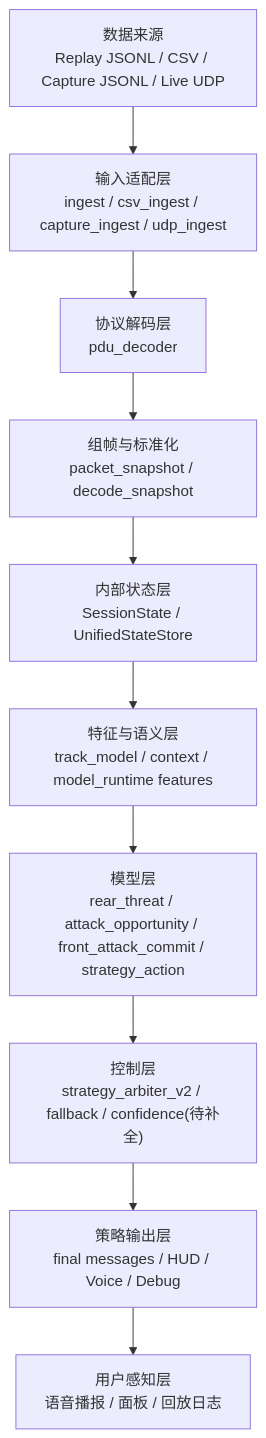
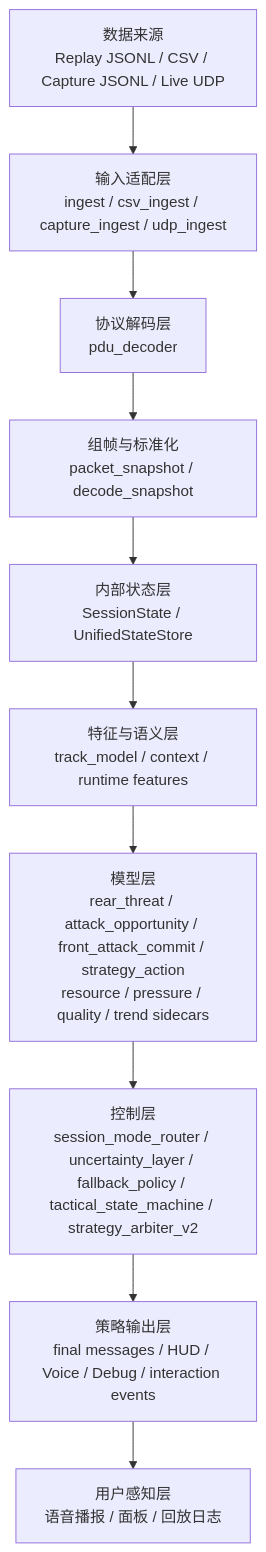
One commit to Sn55555/Asurada changed the first of 7 diagrams in asurada-core/CORE_WORKFLOW_CN.md. Above: the diagram before and after it, drawn with Mermaid. The commit also changed other lines of this file and 8 other files, not shown here.

````diff
--- a/asurada-core/CORE_WORKFLOW_CN.md
+++ b/asurada-core/CORE_WORKFLOW_CN.md
@@ -9,12 +9,12 @@
 ```mermaid
 flowchart TB
     A["数据来源<br/>Replay JSONL / CSV / Capture JSONL / Live UDP"] --> B["输入适配层<br/>ingest / csv_ingest / capture_ingest / udp_ingest"]
     B --> C["协议解码层<br/>pdu_decoder"]
     C --> D["组帧与标准化<br/>packet_snapshot / decode_snapshot"]
     D --> E["内部状态层<br/>SessionState / UnifiedStateStore"]
-    E --> F["特征与语义层<br/>track_model / context / model_runtime features"]
-    F --> G["模型层<br/>rear_threat / attack_opportunity / front_attack_commit / strategy_action"]
-    G --> H["控制层<br/>strategy_arbiter_v2 / fallback / confidence(待补全)"]
-    H --> I["策略输出层<br/>final messages / HUD / Voice / Debug"]
+    E --> F["特征与语义层<br/>track_model / context / runtime features"]
+    F --> G["模型层<br/>rear_threat / attack_opportunity / front_attack_commit / strategy_action<br/>resource / pressure / quality / trend sidecars"]
+    G --> H["控制层<br/>session_mode_router / uncertainty_layer / fallback_policy / tactical_state_machine / strategy_arbiter_v2"]
+    H --> I["策略输出层<br/>final messages / HUD / Voice / Debug / interaction events"]
     I --> J["用户感知层<br/>语音播报 / 面板 / 回放日志"]
 ```
````
